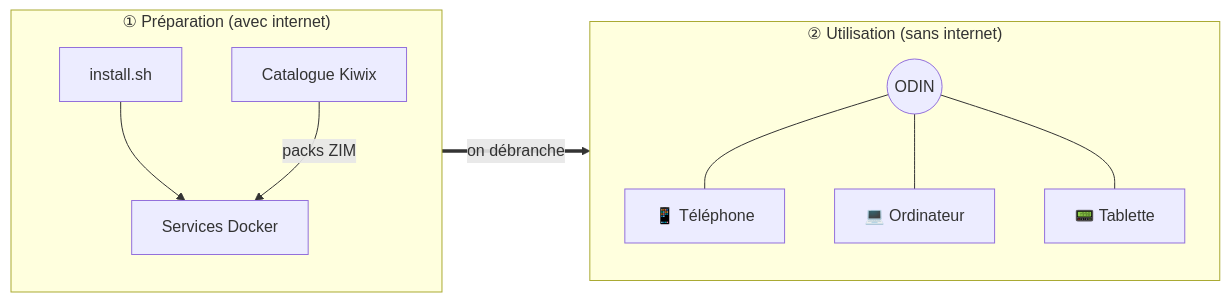
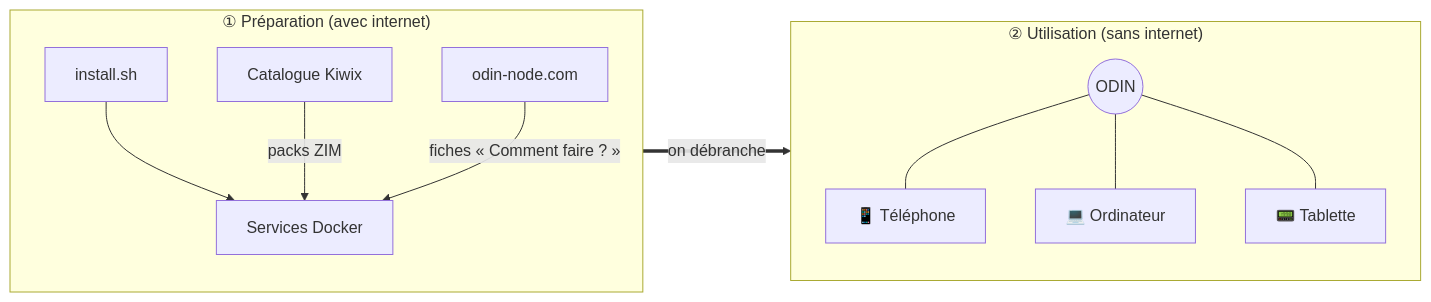
The first of 2 diagrams in README.md (Gorgo126/ODIN), drawn with Mermaid before and after one commit. The commit also changed other lines of this file, not shown here.

Commit message:
README : fiches « Comment faire ? » (mots-clés, mises à jour, espace), miroirs Kiwix et empreinte, banc de la recherche

````diff
--- a/README.md
+++ b/README.md
@@ -167,15 +180,16 @@
 ```mermaid
 flowchart LR
     subgraph prep["① Préparation (avec internet)"]
         direction TB
         I["install.sh"] --> S["Services Docker"]
         C["Catalogue Kiwix"] -->|packs ZIM| S
+        G["odin-node.com"] -->|fiches « Comment faire ? »| S
     end
     subgraph usage["② Utilisation (sans internet)"]
         direction TB
         O(("ODIN")) --- P1["📱 Téléphone"]
         O --- P2["💻 Ordinateur"]
         O --- P3["📟 Tablette"]
     end
     prep ==>|on débranche| usage
 ```
````
